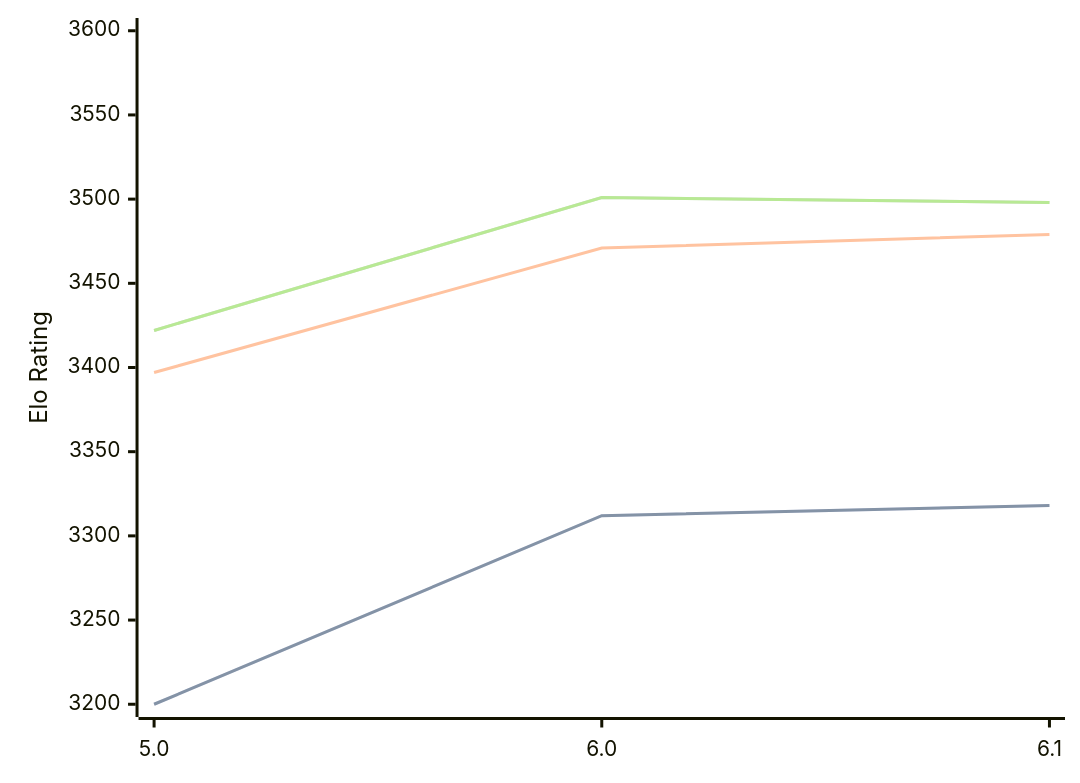
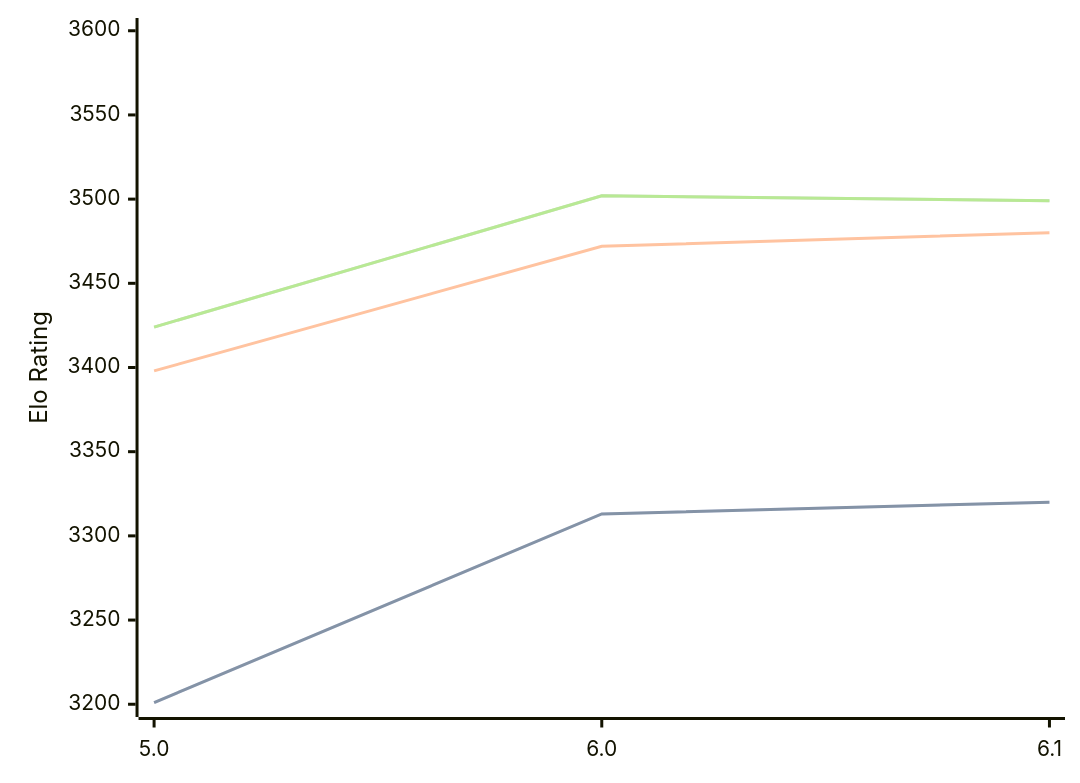
One commit to computer-chess-index/cci changed the diagram in engines/Starzix.md. Above: the diagram before and after it, drawn with Mermaid. The commit also changed other lines of this file, not shown here.

Commit message:
Update CCI Ratings (ELO VLTC) - 2026-07-24

````diff
--- a/engines/Starzix.md
+++ b/engines/Starzix.md
@@ -37,11 +37,11 @@
 ```mermaid
 %%{init: {"theme":"base","themeVariables":{"seriesColors:['#a3a3a3','#222221','#faa371']}}}%%
 xychart-beta
   x-axis ["5.0", "6.0", "6.1"]
   y-axis "Elo Rating" 3200 --> 3600
-  line "STC (8.0+0.08s)" [3200, 3312, 3318]
-  line "STC (8.0+0.08s)" [3200, 3312, 3318]
-  line "LTC (60.0+0.60s)" [3397, 3471, 3479]
-  line "VLTC (2m24s+1.12s)" [3422, 3501, 3498]
-  line "VLTC (2m24s+1.12s)" [3422, 3501, 3498]
+  line "STC (8.0+0.08s)" [3201, 3313, 3320]
+  line "STC (8.0+0.08s)" [3201, 3313, 3320]
+  line "LTC (60.0+0.60s)" [3398, 3472, 3480]
+  line "VLTC (2m24s+1.12s)" [3424, 3502, 3499]
+  line "VLTC (2m24s+1.12s)" [3424, 3502, 3499]
 ```
````
